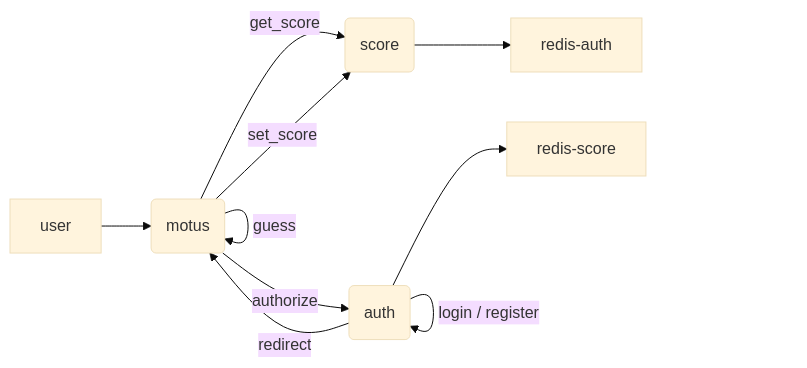
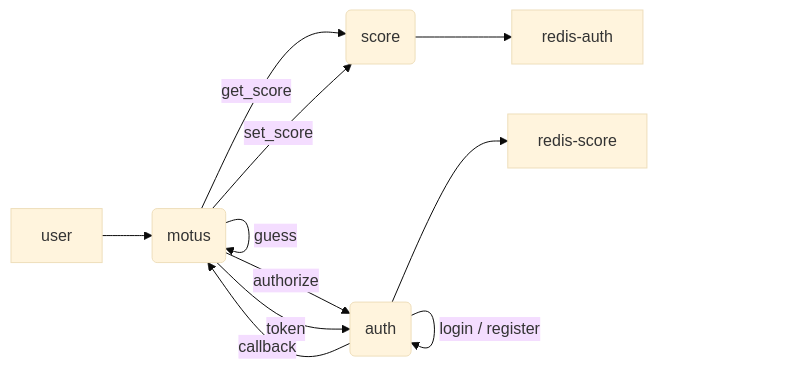
The diagram in README.md (lostsh/Microservices), drawn with Mermaid (base theme) before and after one commit. The commit also changed other lines of this file and 3 other files, not shown here.

````diff
--- a/README.md
+++ b/README.md
@@ -101,12 +152,13 @@
 ```mermaid
 flowchart LR
     A[user] --> B(motus)
     B --> |guess| B
     B --> |get_score| C(score)
     B -->|set_score| C
     C --> E[redis-auth]
     B --> |authorize| D(auth)
     D --> F[redis-score]
     D --> |login / register| D
-    D --> |redirect| B
+    D --> |callback| B
+    B --> |token| D
 ```
````
